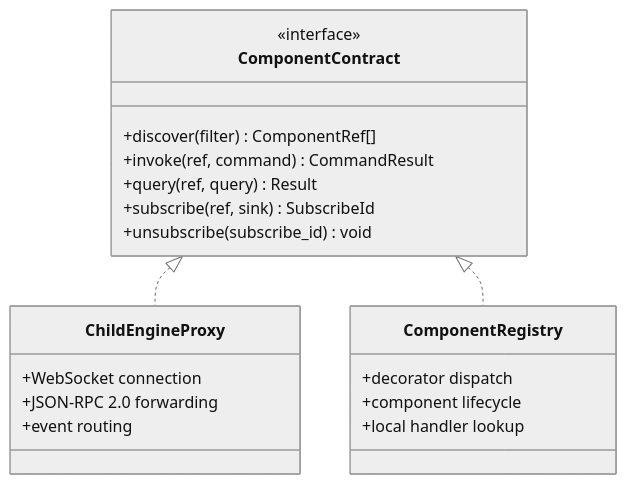
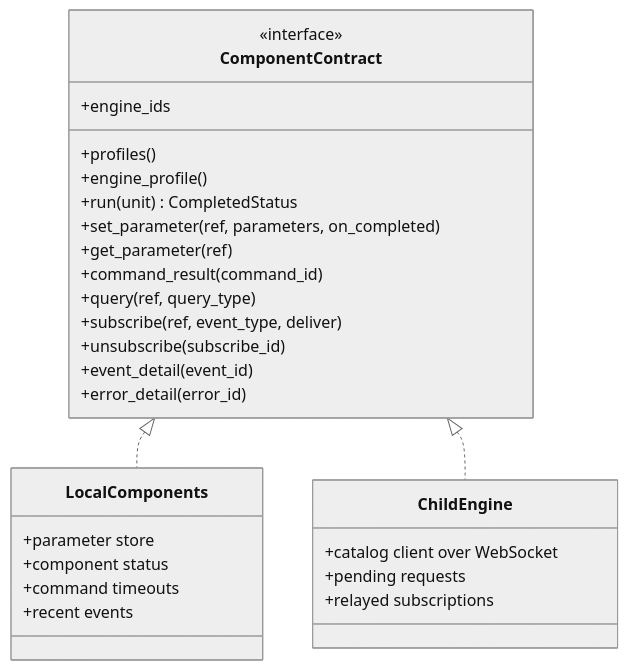
One commit to openrois/openrois changed the sixth of 18 diagrams in docs/white-paper.md. Above: the diagram before and after it, drawn with Mermaid (neutral theme). The commit also changed other lines of this file and 167 other files, not shown here.

First line of the commit message:
feat!: run the engine, the components and the adapters on the RoIS method catalog (#29)

````diff
--- a/docs/white-paper.md
+++ b/docs/white-paper.md
@@ -481,26 +502,34 @@
 ```mermaid
 classDiagram
     class ComponentContract {
         <<interface>>
-        +discover(filter) ComponentRef[]
-        +invoke(ref, command) CommandResult
-        +query(ref, query) Result
-        +subscribe(ref, sink) SubscribeId
-        +unsubscribe(subscribe_id) void
+        +engine_ids
+        +profiles()
+        +engine_profile()
+        +run(unit) CompletedStatus
+        +set_parameter(ref, parameters, on_completed)
+        +get_parameter(ref)
+        +command_result(command_id)
+        +query(ref, query_type)
+        +subscribe(ref, event_type, deliver)
+        +unsubscribe(subscribe_id)
+        +event_detail(event_id)
+        +error_detail(error_id)
     }
 
-    class ChildEngineProxy {
-        +WebSocket connection
-        +JSON-RPC 2.0 forwarding
-        +event routing
+    class LocalComponents {
+        +parameter store
+        +component status
+        +command timeouts
+        +recent events
     }
 
-    class ComponentRegistry {
-        +decorator dispatch
-        +component lifecycle
-        +local handler lookup
+    class ChildEngine {
+        +catalog client over WebSocket
+        +pending requests
+        +relayed subscriptions
     }
 
-    ComponentContract <|.. ChildEngineProxy
-    ComponentContract <|.. ComponentRegistry
+    ComponentContract <|.. LocalComponents
+    ComponentContract <|.. ChildEngine
 ```
````
